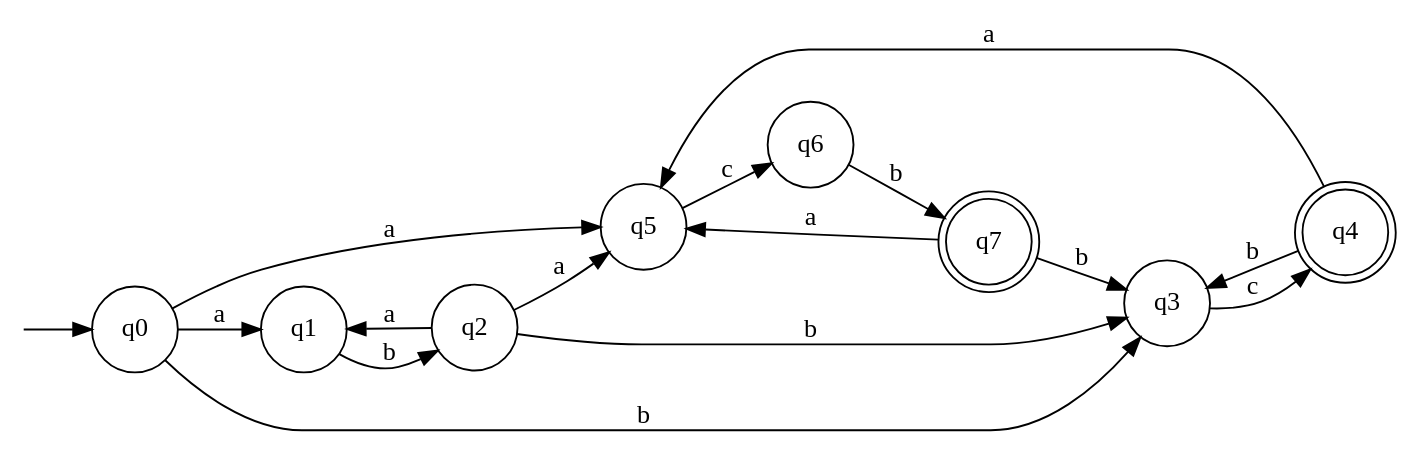
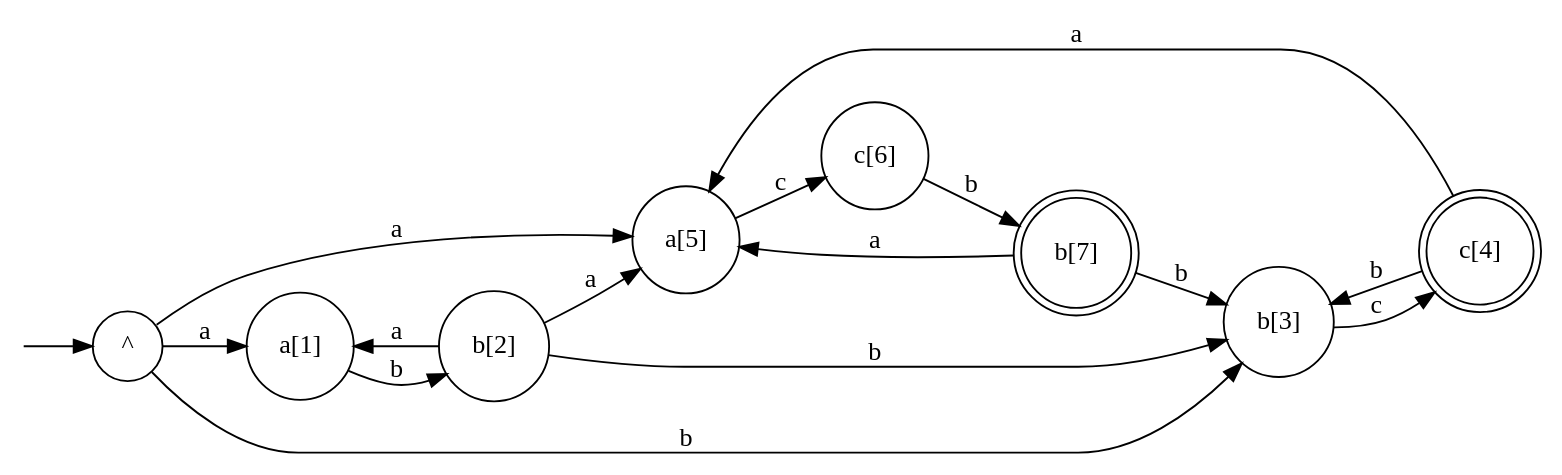
Before and after one commit to water-mizuu/finite_automata_conversion: the diagram in nfa_e.dot, drawn with Graphviz. The commit also changed 9 other files, not shown here.

```diff
--- a/nfa_e.dot
+++ b/nfa_e.dot
@@ -1,27 +1,27 @@
 digraph G {
   rankdir=LR;
   n__ [label="" shape=none width=.0];
-  0 [shape=circle label="q0"];
-  1 [shape=circle label="q1"];
-  2 [shape=circle label="q2"];
-  3 [shape=circle label="q3"];
-  4 [shape=doublecircle label="q4"];
-  5 [shape=circle label="q5"];
-  6 [shape=circle label="q6"];
-  7 [shape=doublecircle label="q7"];
+  0 [shape=circle label="^"];
+  1 [shape=circle label="a[1]"];
+  2 [shape=circle label="b[2]"];
+  3 [shape=circle label="b[3]"];
+  4 [shape=doublecircle label="c[4]"];
+  5 [shape=circle label="a[5]"];
+  6 [shape=circle label="c[6]"];
+  7 [shape=doublecircle label="b[7]"];
   n__ -> 0;
   0 -> 1 [label="a"];
   0 -> 5 [label="a"];
   0 -> 3 [label="b"];
   1 -> 2 [label="b"];
   2 -> 1 [label="a"];
   2 -> 5 [label="a"];
   2 -> 3 [label="b"];
   3 -> 4 [label="c"];
   4 -> 5 [label="a"];
   4 -> 3 [label="b"];
   5 -> 6 [label="c"];
   6 -> 7 [label="b"];
   7 -> 5 [label="a"];
   7 -> 3 [label="b"];
 }
```
